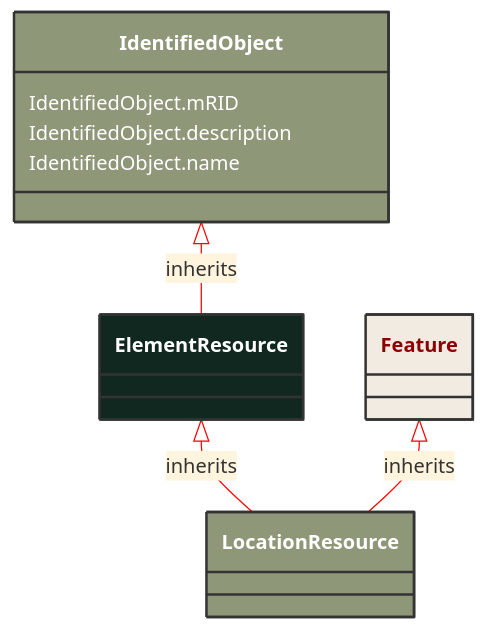
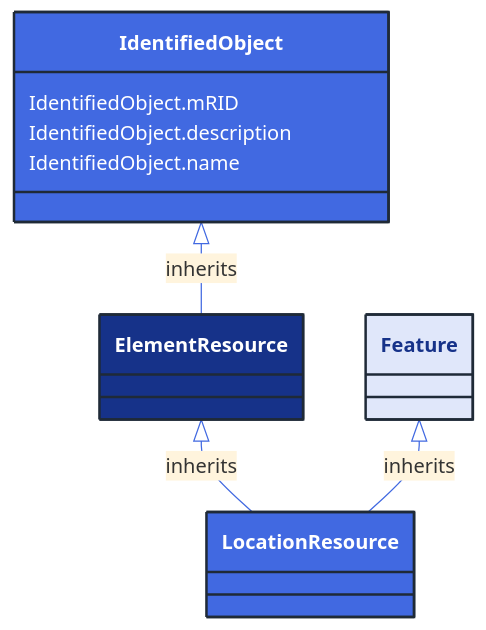
The diagram in docs/Models/Profiles/AviationObstacle/AbstractClasses/ElementResource.md (3lbits/NoCIMExtensions), drawn with Mermaid before and after one commit. The commit also changed 362 other files, not shown here.

First line of the commit message:
Update diagrams and styles for improved visual consistency

````diff
--- a/docs/Models/Profiles/AviationObstacle/AbstractClasses/ElementResource.md
+++ b/docs/Models/Profiles/AviationObstacle/AbstractClasses/ElementResource.md
@@ -10,27 +10,27 @@
 ```mermaid
-%%{init: {'theme':'base','themeVariables': {'lineColor': '#FF0000'}}}%%
+%%{init: {'theme':'base','themeVariables': {'lineColor': '#4169E1'}}}%%
 classDiagram
     class ElementResource
     click ElementResource href "/Models/Profiles/AviationObstacle/AbstractClasses/ElementResource/"
-    style ElementResource fill:#102820,stroke:#333,stroke-width:2px,rx:10,ry:10,color:white
+    style ElementResource fill:#163289,stroke:#1F2A37,stroke-width:2px,rx:10,ry:10,color:white
 
         ElementResource <|-- LocationResource : inherits
 
         LocationResource
             click LocationResource href "/Models/Profiles/AviationObstacle/AbstractClasses/LocationResource/"
-            style LocationResource fill:#8F9779,stroke:#333,stroke-width:2px,rx:10,ry:10,color:white
+            style LocationResource fill:#4169E1,stroke:#1F2A37,stroke-width:2px,rx:10,ry:10,color:white
      
         IdentifiedObject <|-- ElementResource : inherits
             click IdentifiedObject href "/Models/Profiles/AviationObstacle/AbstractClasses/IdentifiedObject/"
-            style IdentifiedObject fill:#8F9779,stroke:#333,stroke-width:2px,rx:10,ry:10,color:white
+            style IdentifiedObject fill:#4169E1,stroke:#1F2A37,stroke-width:2px,rx:10,ry:10,color:white
 
         Feature <|-- LocationResource : inherits
             click Feature href "/Models/Profiles/AviationObstacle/AbstractClasses/Feature/"
-            style Feature fill:#F2EBE2,stroke:#333,stroke-width:2px,rx:10,ry:10,color:#8A0303
+            style Feature fill:#E0E7FA,stroke:#1F2A37,stroke-width:2px,rx:10,ry:10,color:#163289
 
 
 
         IdentifiedObject : IdentifiedObject.mRID
         IdentifiedObject : IdentifiedObject.description
         IdentifiedObject : IdentifiedObject.name
 ```
````
